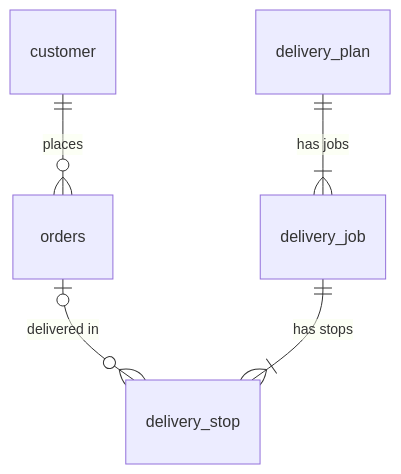
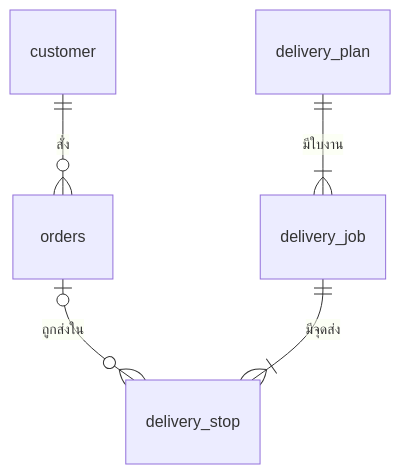
One commit to YAJO007/LunchFlow changed the second of 2 diagrams in README.md. Above: the diagram before and after it, drawn with Mermaid. The commit also changed other lines of this file and 33 other files, not shown here.

````diff
--- a/README.md
+++ b/README.md
@@ -114,7 +164,7 @@
 ```mermaid
 erDiagram
-    customer ||--o{ orders : places
-    orders |o--o{ delivery_stop : "delivered in"
-    delivery_plan ||--|{ delivery_job : "has jobs"
-    delivery_job ||--|{ delivery_stop : "has stops"
+    customer ||--o{ orders : "สั่ง"
+    orders |o--o{ delivery_stop : "ถูกส่งใน"
+    delivery_plan ||--|{ delivery_job : "มีใบงาน"
+    delivery_job ||--|{ delivery_stop : "มีจุดส่ง"
 ```
````
